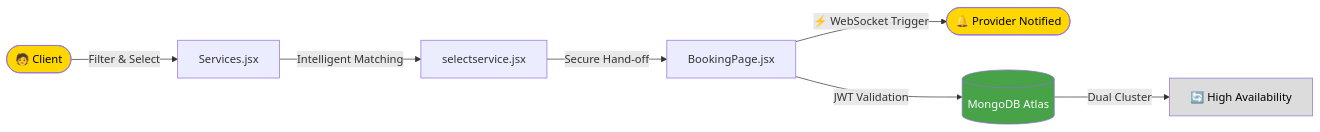
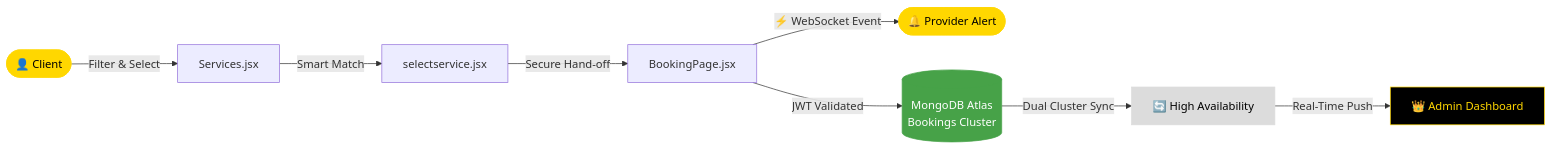
The first of 2 diagrams in README.md (NietoDeveloper/SoftwareDT), drawn with Mermaid before and after one commit. The commit also changed other lines of this file, not shown here.

````diff
--- a/README.md
+++ b/README.md
@@ -88,14 +145,16 @@
 ```mermaid
 flowchart LR
-    A([🧑 Client]) -->|Filter & Select| B[Services.jsx]
-    B -->|Intelligent Matching| C[selectservice.jsx]
+    A([👤 Client]) -->|Filter & Select| B[Services.jsx]
+    B -->|Smart Match| C[selectservice.jsx]
     C -->|Secure Hand-off| D[BookingPage.jsx]
-    D -->|⚡ WebSocket Trigger| E([🔔 Provider Notified])
-    D -->|JWT Validation| F[(MongoDB Atlas)]
-    F -->|Dual Cluster| G[🔄 High Availability]
+    D -->|⚡ WebSocket Event| E([🔔 Provider Alert])
+    D -->|JWT Validated| F[(MongoDB Atlas\nBookings Cluster)]
+    F -->|Dual Cluster Sync| G[🔄 High Availability]
+    G -->|Real-Time Push| H[👑 Admin Dashboard]
 
-    style A fill:#FFD700,color:#000
-    style E fill:#FFD700,color:#000
-    style F fill:#47A248,color:#fff
-    style G fill:#DCDCDC,color:#000
+    style A fill:#FFD700,color:#000,stroke:#FFD700
+    style E fill:#FFD700,color:#000,stroke:#FFD700
+    style F fill:#47A248,color:#fff,stroke:#47A248
+    style G fill:#DCDCDC,color:#000,stroke:#DCDCDC
+    style H fill:#000,color:#FFD700,stroke:#FFD700
 ```
````
